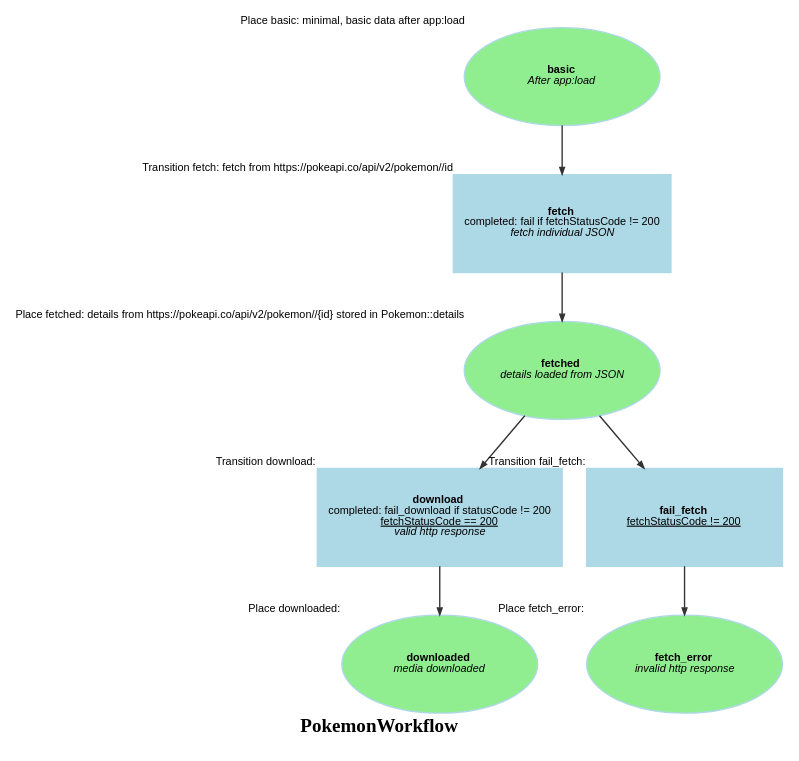
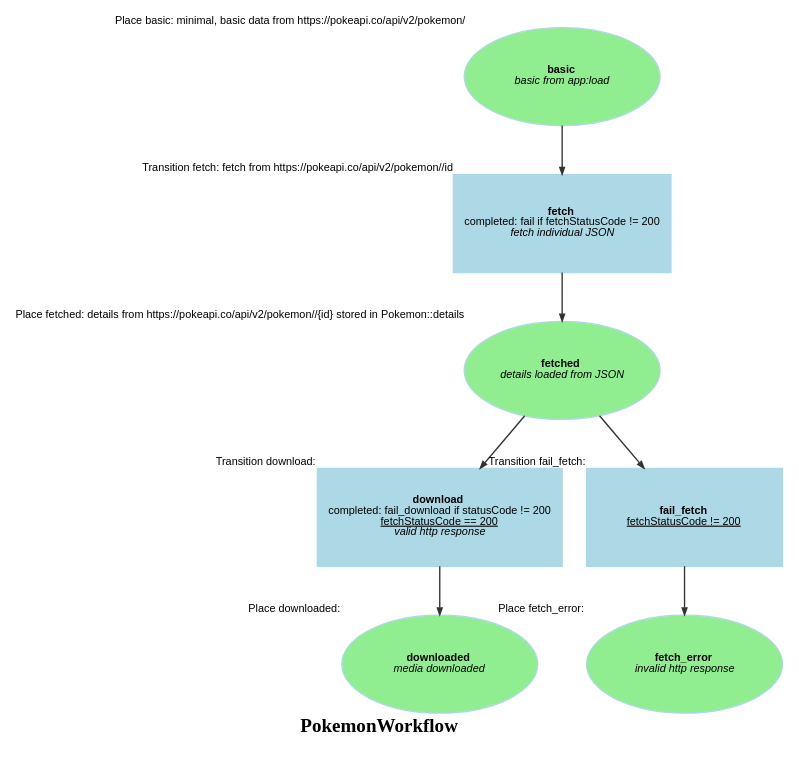
One commit to survos-sites/pokemon changed the diagram in doc/assets/PokemonWorkflow.dot. Above: the diagram before and after it, drawn with Graphviz. The commit also changed 2 other files, not shown here.

```diff
--- a/doc/assets/PokemonWorkflow.dot
+++ b/doc/assets/PokemonWorkflow.dot
@@ -1,19 +1,19 @@
 digraph workflow {
   ratio="compress" rankdir="TB" label=<<B>PokemonWorkflow</B>>
   node [fontsize="8" fontname="Arial" color="lightBlue" style="filled" fixedsize="false" width="2" height="1"];
   edge [fontsize="7" fontname="Arial" color="#333333" arrowhead="normal" arrowsize="0.5"];
 
-  place_basic [label=<<B>basic</B><BR/><I>After app:load</I>>, shape=oval fillcolor="lightgreen" style="filled" xlabel="Place basic: minimal, basic data after app:load"];
+  place_basic [label=<<B>basic</B><BR/><I>basic from app:load</I>>, shape=oval fillcolor="lightgreen" style="filled" xlabel="Place basic: minimal, basic data from https://pokeapi.co/api/v2/pokemon/"];
   place_fetched [label=<<B>fetched</B><BR/><I>details loaded from JSON</I>>, shape=oval fillcolor="lightgreen" style="filled" xlabel="Place fetched: details from https://pokeapi.co/api/v2/pokemon//{id} stored in Pokemon::details"];
   place_downloaded [label=<<B>downloaded</B><BR/><I>media downloaded</I>>, shape=oval fillcolor="lightgreen" style="filled" xlabel="Place downloaded: "];
   place_fetch_error [label=<<B>fetch_error</B><BR/><I>invalid http response</I>>, shape=oval fillcolor="lightgreen" style="filled" xlabel="Place fetch_error: "];
   transition_fetch [label=<<B>fetch</B><BR/>completed: fail if fetchStatusCode != 200<BR/><I>fetch individual JSON</I>>, shape="box" regular="" xlabel="Transition fetch: fetch from https://pokeapi.co/api/v2/pokemon//id"];
   transition_download [label=<<B>download</B><BR/>completed: fail_download if statusCode != 200<BR/><U>fetchStatusCode == 200</U><BR/><I>valid http response</I>>, shape="box" regular="" xlabel="Transition download: "];
   transition_fail_fetch [label=<<B>fail_fetch</B><BR/><U>fetchStatusCode != 200</U>>, shape="box" regular="" xlabel="Transition fail_fetch: "];
   place_basic -> transition_fetch [style="solid", comment="basic"];
   transition_fetch -> place_fetched [style="solid"];
   place_fetched -> transition_download [style="solid", comment="fetched"];
   transition_download -> place_downloaded [style="solid"];
   place_fetched -> transition_fail_fetch [style="solid", comment="fetched"];
   transition_fail_fetch -> place_fetch_error [style="solid"];
 }
```
